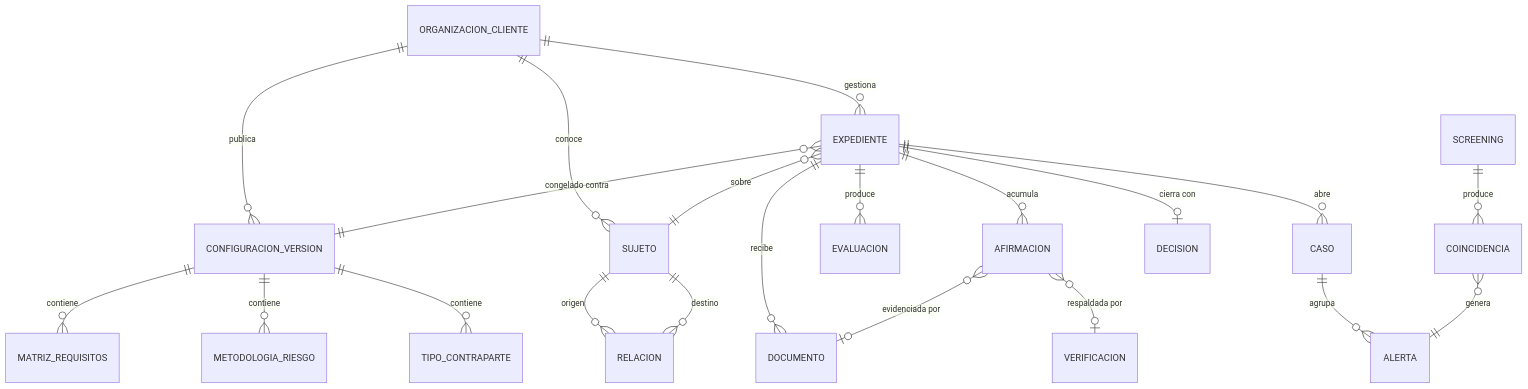
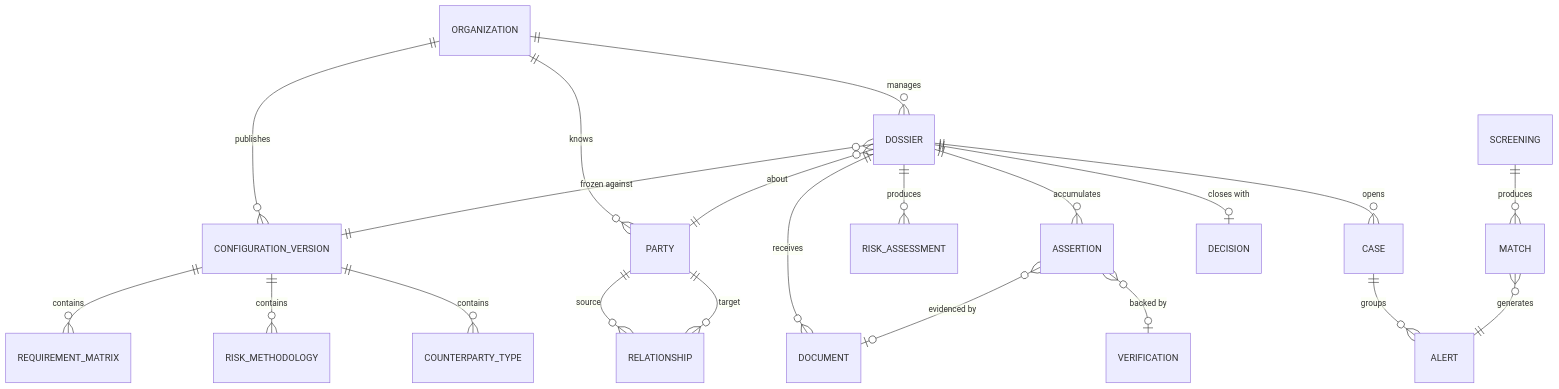
One commit to camilo-caicedo/jdlargo-specs changed the diagram in 05-datos/modelo-conceptual.md. Above: the diagram before and after it, drawn with Mermaid. The commit also changed other lines of this file and 54 other files, not shown here.

````diff
--- a/05-datos/modelo-conceptual.md
+++ b/05-datos/modelo-conceptual.md
@@ -27,27 +34,27 @@
 ```mermaid
 erDiagram
-    ORGANIZACION_CLIENTE ||--o{ CONFIGURACION_VERSION : "publica"
-    ORGANIZACION_CLIENTE ||--o{ SUJETO : "conoce"
-    ORGANIZACION_CLIENTE ||--o{ EXPEDIENTE : "gestiona"
+    ORGANIZATION ||--o{ CONFIGURATION_VERSION : "publishes"
+    ORGANIZATION ||--o{ PARTY : "knows"
+    ORGANIZATION ||--o{ DOSSIER : "manages"
 
-    CONFIGURACION_VERSION ||--o{ MATRIZ_REQUISITOS : "contiene"
-    CONFIGURACION_VERSION ||--o{ METODOLOGIA_RIESGO : "contiene"
-    CONFIGURACION_VERSION ||--o{ TIPO_CONTRAPARTE : "contiene"
+    CONFIGURATION_VERSION ||--o{ REQUIREMENT_MATRIX : "contains"
+    CONFIGURATION_VERSION ||--o{ RISK_METHODOLOGY : "contains"
+    CONFIGURATION_VERSION ||--o{ COUNTERPARTY_TYPE : "contains"
 
-    EXPEDIENTE }o--|| CONFIGURACION_VERSION : "congelado contra"
-    EXPEDIENTE }o--|| SUJETO : "sobre"
-    EXPEDIENTE ||--o{ AFIRMACION : "acumula"
-    EXPEDIENTE ||--o{ DOCUMENTO : "recibe"
-    EXPEDIENTE ||--o{ EVALUACION : "produce"
-    EXPEDIENTE ||--o{ CASO : "abre"
-    EXPEDIENTE ||--o| DECISION : "cierra con"
+    DOSSIER }o--|| CONFIGURATION_VERSION : "frozen against"
+    DOSSIER }o--|| PARTY : "about"
+    DOSSIER ||--o{ ASSERTION : "accumulates"
+    DOSSIER ||--o{ DOCUMENT : "receives"
+    DOSSIER ||--o{ RISK_ASSESSMENT : "produces"
+    DOSSIER ||--o{ CASE : "opens"
+    DOSSIER ||--o| DECISION : "closes with"
 
-    SUJETO ||--o{ RELACION : "origen"
-    SUJETO ||--o{ RELACION : "destino"
+    PARTY ||--o{ RELATIONSHIP : "source"
+    PARTY ||--o{ RELATIONSHIP : "target"
 
-    AFIRMACION }o--o| DOCUMENTO : "evidenciada por"
-    AFIRMACION }o--o| VERIFICACION : "respaldada por"
-    CASO ||--o{ ALERTA : "agrupa"
-    SCREENING ||--o{ COINCIDENCIA : "produce"
-    COINCIDENCIA }o--|| ALERTA : "genera"
+    ASSERTION }o--o| DOCUMENT : "evidenced by"
+    ASSERTION }o--o| VERIFICATION : "backed by"
+    CASE ||--o{ ALERT : "groups"
+    SCREENING ||--o{ MATCH : "produces"
+    MATCH }o--|| ALERT : "generates"
 ```
````
